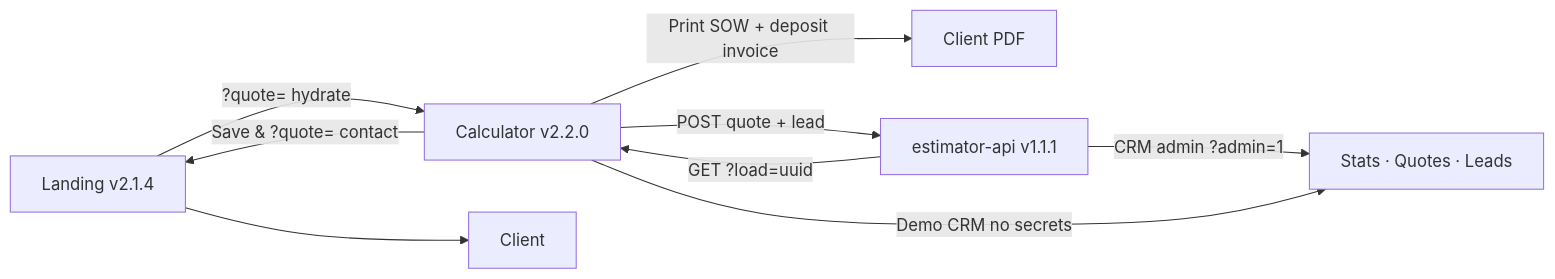
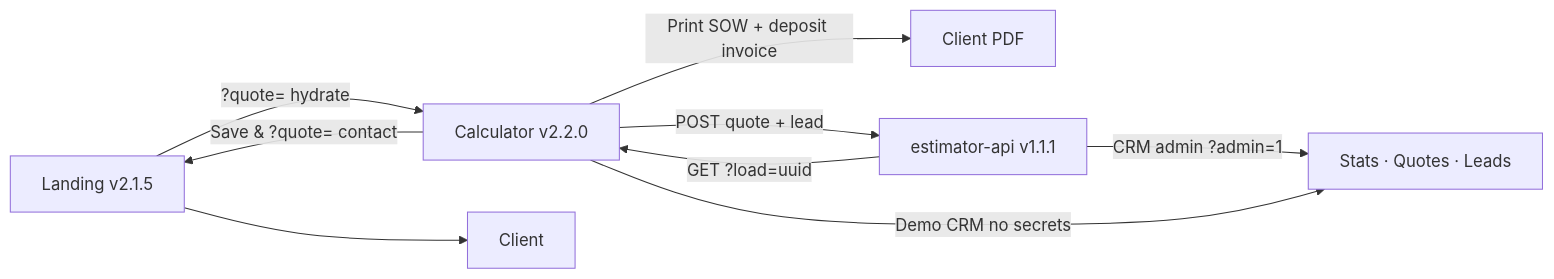
Before and after one commit to pixellayer7-jpg/pixellayer7-jpg: the diagram in README.md, drawn with Mermaid. The commit also changed other lines of this file and 1 other file, not shown here.

First line of the commit message:
docs: sync profile to landing v2.1.5 case studies

````diff
--- a/README.md
+++ b/README.md
@@ -18,11 +18,11 @@
 ```mermaid
 flowchart LR
-  A[Landing v2.1.4] -->|?quote= hydrate| B[Calculator v2.2.0]
+  A[Landing v2.1.5] -->|?quote= hydrate| B[Calculator v2.2.0]
   B -->|Save & ?quote= contact| A
   B -->|Print SOW + deposit invoice| C[Client PDF]
   B -->|POST quote + lead| D[estimator-api v1.1.1]
   D -->|CRM admin ?admin=1| E[Stats · Quotes · Leads]
   B -->|Demo CRM no secrets| E
   D -->|GET ?load=uuid| B
   A --> F[Client]
 ```
````
